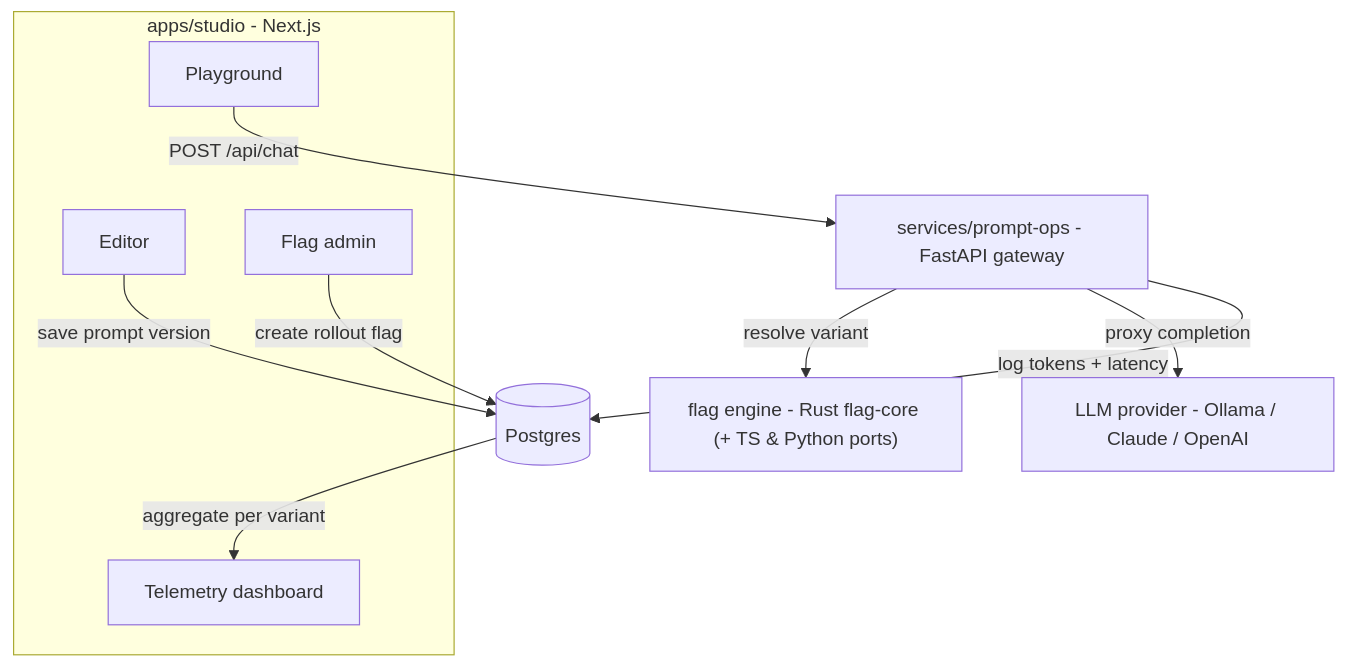
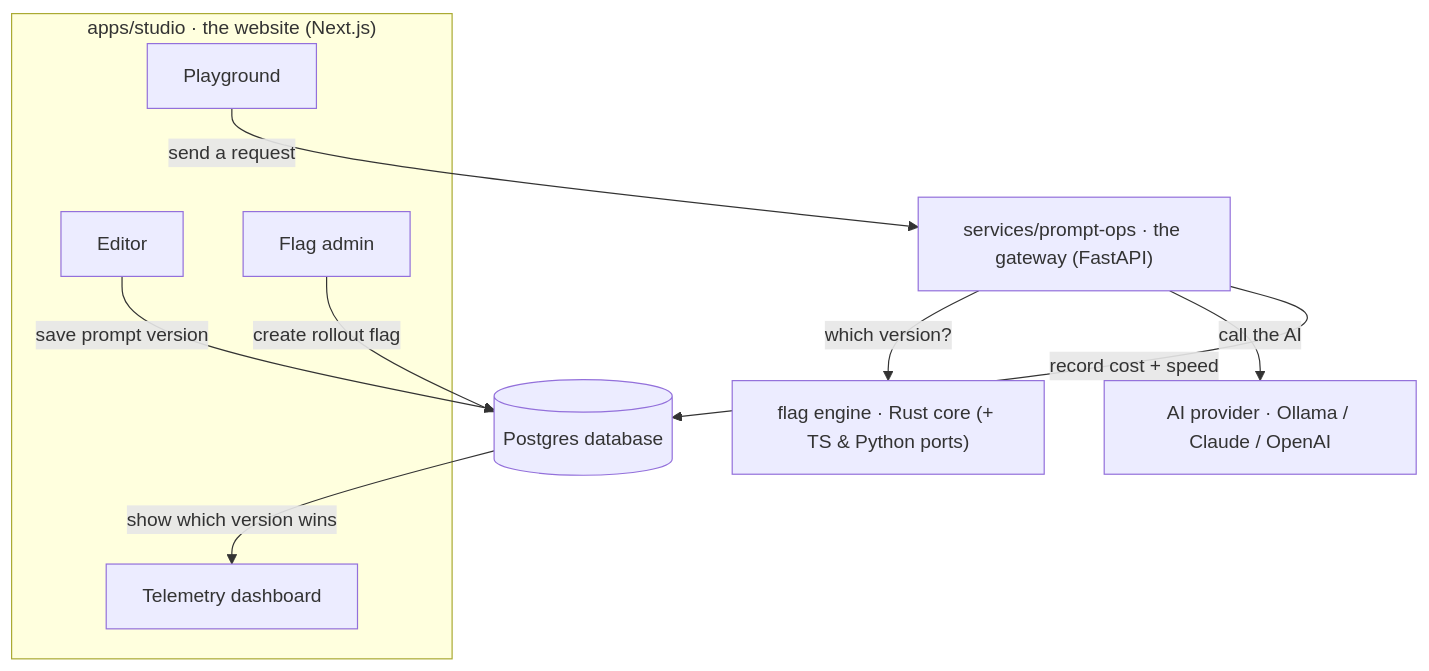
Before and after one commit to NickNojiri/relay: the diagram in README.md, drawn with Mermaid. The commit also changed other lines of this file, not shown here.

````diff
--- a/README.md
+++ b/README.md
@@ -12,21 +32,21 @@
 ```mermaid
 flowchart TD
-  subgraph studio["apps/studio - Next.js"]
+  subgraph studio["apps/studio · the website (Next.js)"]
     editor["Editor"]
     flagsui["Flag admin"]
     playground["Playground"]
     telemetryui["Telemetry dashboard"]
   end
-  gateway["services/prompt-ops - FastAPI gateway"]
-  engine["flag engine - Rust flag-core (+ TS & Python ports)"]
-  provider["LLM provider - Ollama / Claude / OpenAI"]
-  db[("Postgres")]
+  gateway["services/prompt-ops · the gateway (FastAPI)"]
+  engine["flag engine · Rust core (+ TS & Python ports)"]
+  provider["AI provider · Ollama / Claude / OpenAI"]
+  db[("Postgres database")]
 
   editor -->|save prompt version| db
   flagsui -->|create rollout flag| db
-  playground -->|POST /api/chat| gateway
-  gateway -->|resolve variant| engine
-  gateway -->|proxy completion| provider
-  gateway -->|log tokens + latency| db
-  db -->|aggregate per variant| telemetryui
+  playground -->|send a request| gateway
+  gateway -->|which version?| engine
+  gateway -->|call the AI| provider
+  gateway -->|record cost + speed| db
+  db -->|show which version wins| telemetryui
 ```
````
